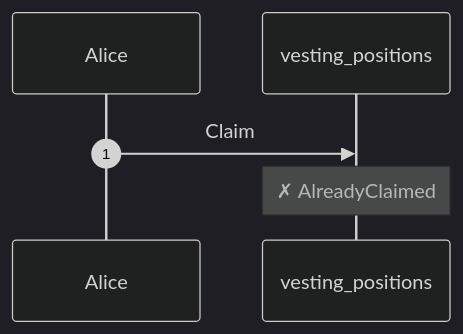
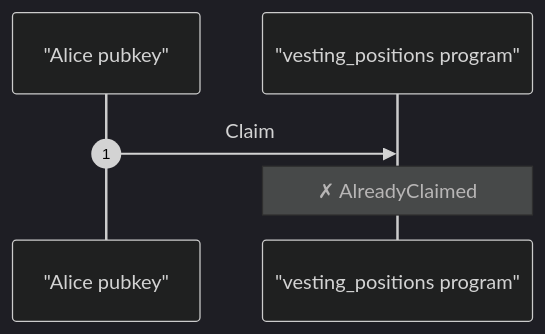
One commit to Canguilhem/Vesting-position changed the third of 4 diagrams in md-reports/full-vesting-lifecycle.md. Above: the diagram before and after it, drawn with Mermaid (dark theme). The commit also changed other lines of this file and 2 other files, not shown here.

````diff
--- a/md-reports/full-vesting-lifecycle.md
+++ b/md-reports/full-vesting-lifecycle.md
@@ -286,8 +274,8 @@
 ```mermaid
 sequenceDiagram
     autonumber
-    participant Alice
-    participant vesting_positions
-    Alice ->> vesting_positions: Claim
-    note over vesting_positions: ✗ AlreadyClaimed
+    participant Alice_pubkey as "Alice pubkey"
+    participant vesting_positions_program as "vesting_positions program"
+    Alice_pubkey ->> vesting_positions_program: Claim
+    note over vesting_positions_program: ✗ AlreadyClaimed
 ```
````
